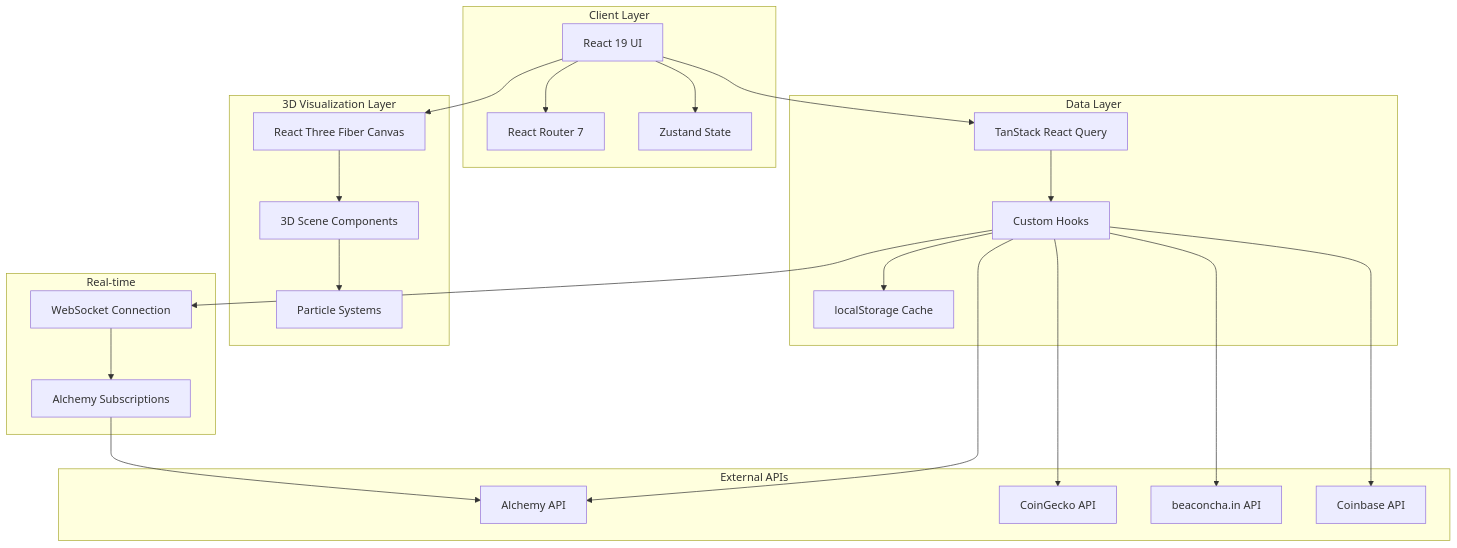
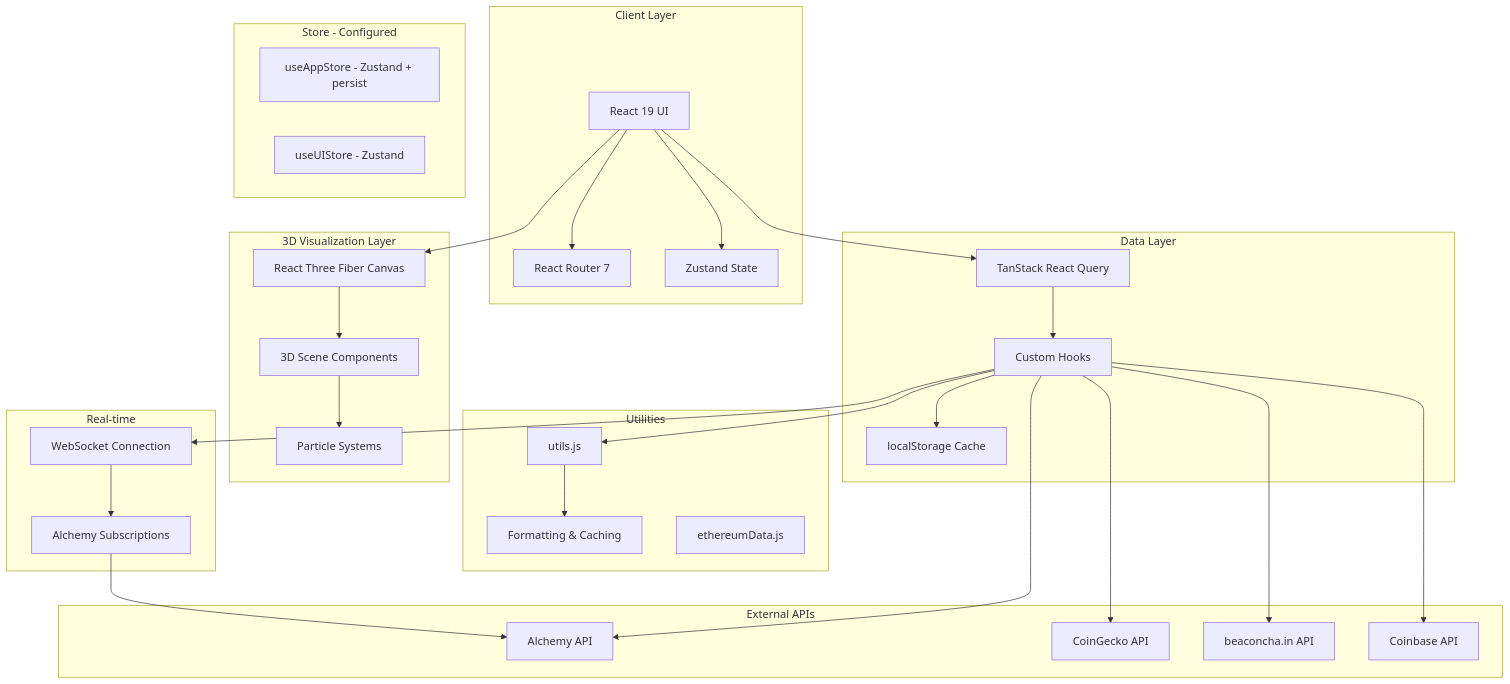
One commit to Technical-1/All-About-Me changed the first of 2 diagrams in public/data/portfolio/ETH-Explorer/architecture.md. Above: the diagram before and after it, drawn with Mermaid. The commit also changed other lines of this file and 20 other files, not shown here.

````diff
--- a/public/data/portfolio/ETH-Explorer/architecture.md
+++ b/public/data/portfolio/ETH-Explorer/architecture.md
@@ -5,50 +5,63 @@
 ```mermaid
 graph TB
     subgraph "Client Layer"
         UI[React 19 UI]
         Router[React Router 7]
         State[Zustand State]
     end
 
     subgraph "3D Visualization Layer"
         Canvas[React Three Fiber Canvas]
         Scenes[3D Scene Components]
         Particles[Particle Systems]
     end
 
     subgraph "Data Layer"
         RQ[TanStack React Query]
         Hooks[Custom Hooks]
         Cache[localStorage Cache]
+    end
+
+    subgraph "Utilities"
+        Utils[utils.js]
+        FmtHelpers[Formatting & Caching]
+        StaticData[ethereumData.js]
+    end
+
+    subgraph "Store - Configured"
+        AppStore[useAppStore - Zustand + persist]
+        UIStore[useUIStore - Zustand]
     end
 
     subgraph "External APIs"
         Alchemy[Alchemy API]
         CoinGecko[CoinGecko API]
         Beacon[beaconcha.in API]
         Coinbase[Coinbase API]
     end
 
     subgraph "Real-time"
         WS[WebSocket Connection]
         Subscriptions[Alchemy Subscriptions]
     end
 
     UI --> Router
     UI --> State
     UI --> Canvas
     Canvas --> Scenes
     Scenes --> Particles
 
     UI --> RQ
     RQ --> Hooks
     Hooks --> Cache
+    Hooks --> Utils
+    Utils --> FmtHelpers
     Hooks --> Alchemy
     Hooks --> CoinGecko
     Hooks --> Beacon
     Hooks --> Coinbase
 
     WS --> Subscriptions
     Subscriptions --> Alchemy
     Hooks --> WS
 ```
````
